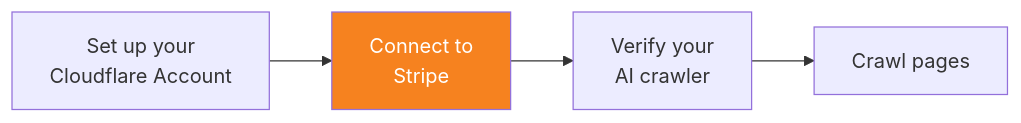
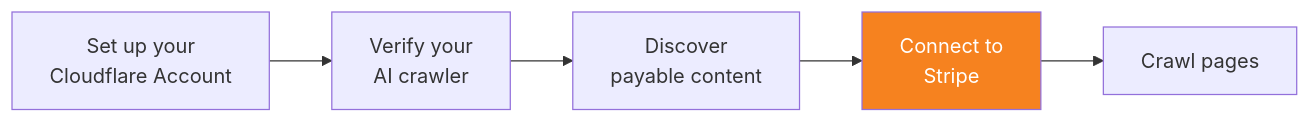
One commit to rdhanarot/cloudflare-docs changed the diagram in src/content/docs/ai-crawl-control/features/pay-per-crawl/use-pay-per-crawl-as-ai-owner/connect-to-stripe.mdx. Above: the diagram before and after it, drawn with Mermaid. The commit also changed 10 other files, not shown here.

````diff
--- a/src/content/docs/ai-crawl-control/features/pay-per-crawl/use-pay-per-crawl-as-ai-owner/connect-to-stripe.mdx
+++ b/src/content/docs/ai-crawl-control/features/pay-per-crawl/use-pay-per-crawl-as-ai-owner/connect-to-stripe.mdx
@@ -12,7 +12,8 @@
 ```mermaid
 graph LR
-A[Set up your<br>Cloudflare Account] --> B[Connect to<br>Stripe]:::highlight
-B --> C[Verify your<br>AI crawler]
-C --> D[Crawl pages]
+A[Set up your<br>Cloudflare Account] --> B[Verify your<br>AI crawler]
+B --> C[Discover<br>payable content]
+C --> D[Connect to<br>Stripe]:::highlight
+D --> E[Crawl pages]
 classDef highlight fill:#F6821F,color:white
 ```
````
